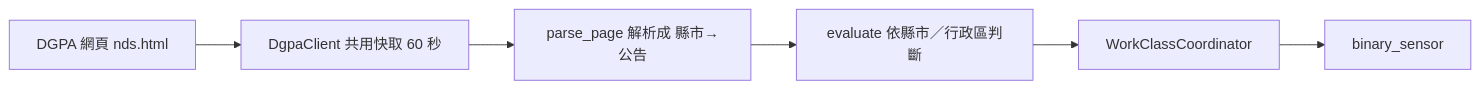
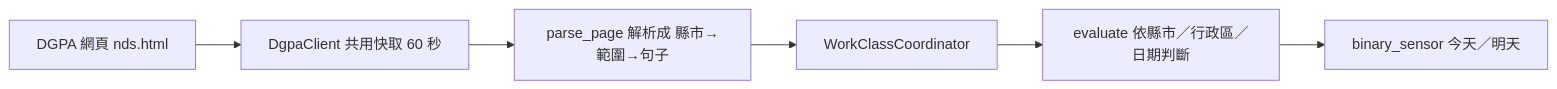
Before and after one commit to ch155260/ha-tw-suspension: the second of 2 diagrams in README_Chinese.md, drawn with Mermaid. The commit also changed other lines of this file and 9 other files, not shown here.

````diff
--- a/README_Chinese.md
+++ b/README_Chinese.md
@@ -121,8 +141,8 @@
 ```mermaid
 flowchart LR
     DGPA["DGPA 網頁 nds.html"] --> Client["DgpaClient 共用快取 60 秒"]
-    Client --> Parser["parse_page 解析成 縣市→公告"]
-    Parser --> Eval["evaluate 依縣市／行政區判斷"]
-    Eval --> Coord["WorkClassCoordinator"]
-    Coord --> Sensor["binary_sensor"]
+    Client --> Parser["parse_page 解析成 縣市→範圍→句子"]
+    Parser --> Coord["WorkClassCoordinator"]
+    Coord --> Eval["evaluate 依縣市／行政區／日期判斷"]
+    Eval --> Sensor["binary_sensor 今天／明天"]
 ```
````
